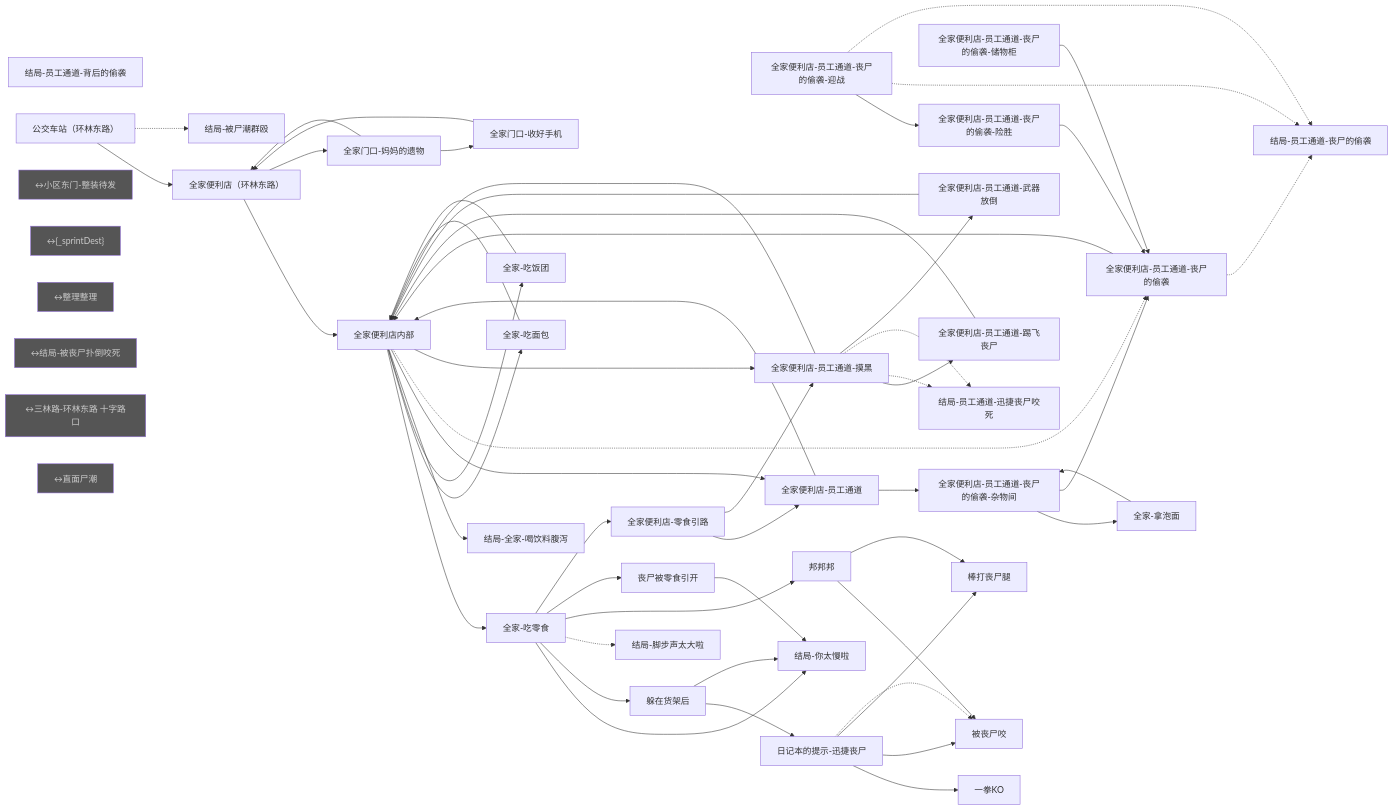
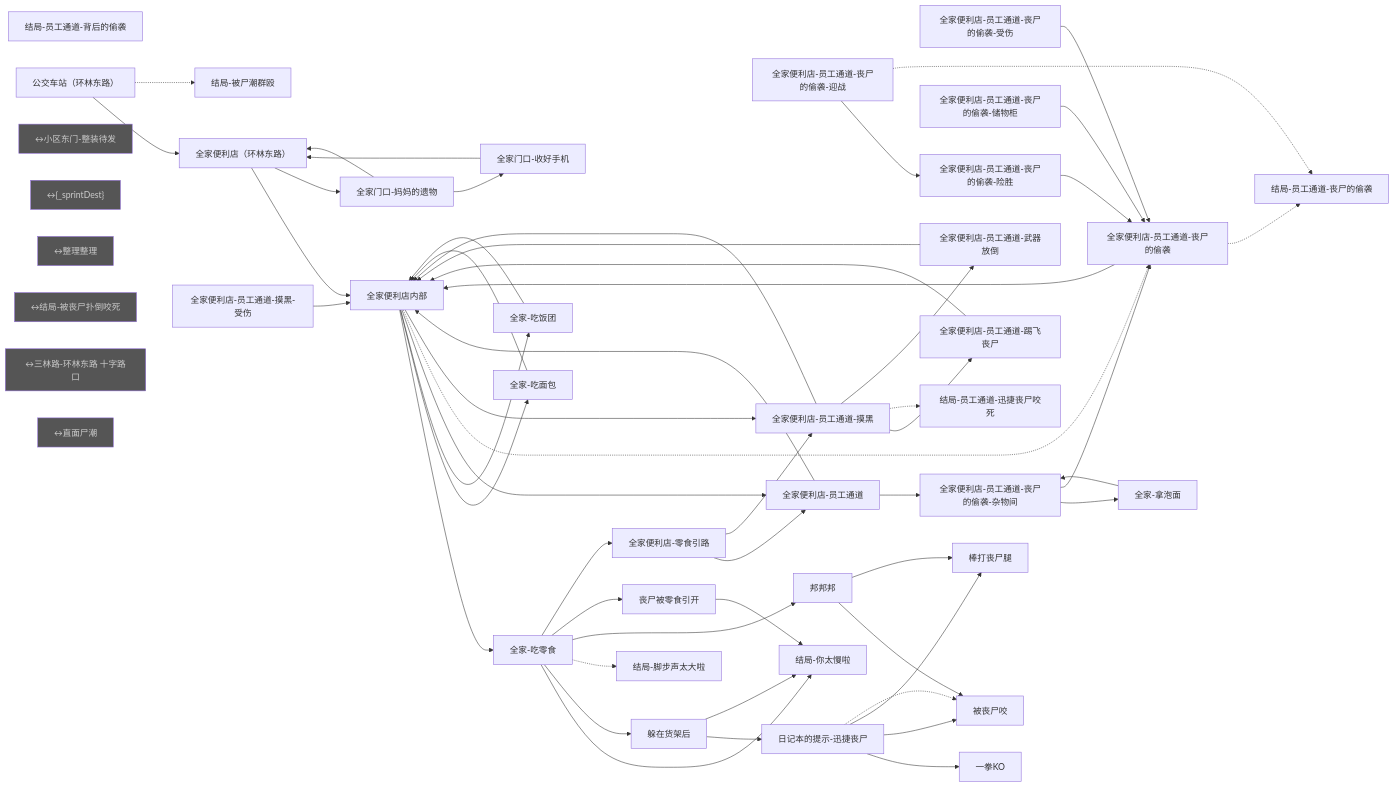
Before and after one commit to bobomymz/Plot-Game: diagram 14 of 25 in tools/graph-report/总览.md, drawn with Mermaid. The commit also changed other lines of this file and 26 other files, not shown here.

````diff
--- a/tools/graph-report/总览.md
+++ b/tools/graph-report/总览.md
@@ -2805,24 +3045,24 @@
   n2["全家-拿泡面"]
   n3["全家便利店-员工通道-丧尸的偷袭"]
   n4["全家便利店-员工通道-丧尸的偷袭-迎战"]
-  n5["全家便利店-员工通道-丧尸的偷袭-险胜"]
-  n6["全家便利店-员工通道-丧尸的偷袭-储物柜"]
-  n7["全家便利店-员工通道-丧尸的偷袭-杂物间"]
-  n8["结局-员工通道-丧尸的偷袭"]
-  n9["结局-员工通道-背后的偷袭"]
-  n10["全家-吃零食"]
-  n11["邦邦邦"]
-  n12["被丧尸咬"]
-  n13["丧尸被零食引开"]
-  n14["结局-你太慢啦"]
-  n15["结局-脚步声太大啦"]
-  n16["躲在货架后"]
-  n17["日记本的提示-迅捷丧尸"]
-  n18["一拳KO"]
-  n19["棒打丧尸腿"]
-  n20["全家-吃面包"]
-  n21["全家-吃饭团"]
-  n22["结局-全家-喝饮料腹泻"]
+  n5["全家便利店-员工通道-丧尸的偷袭-受伤"]
+  n6["全家便利店-员工通道-丧尸的偷袭-险胜"]
+  n7["全家便利店-员工通道-丧尸的偷袭-储物柜"]
+  n8["全家便利店-员工通道-丧尸的偷袭-杂物间"]
+  n9["结局-员工通道-丧尸的偷袭"]
+  n10["结局-员工通道-背后的偷袭"]
+  n11["全家-吃零食"]
+  n12["邦邦邦"]
+  n13["被丧尸咬"]
+  n14["丧尸被零食引开"]
+  n15["结局-你太慢啦"]
+  n16["结局-脚步声太大啦"]
+  n17["躲在货架后"]
+  n18["日记本的提示-迅捷丧尸"]
+  n19["一拳KO"]
+  n20["棒打丧尸腿"]
+  n21["全家-吃面包"]
+  n22["全家-吃饭团"]
   n23["公交车站（环林东路）"]
   n24["结局-被尸潮群殴"]
   n25["全家便利店-零食引路"]
@@ -2830,66 +3070,66 @@
   n27["全家便利店-员工通道-摸黑"]
   n28["全家便利店-员工通道-武器放倒"]
   n29["全家便利店-员工通道-踢飞丧尸"]
-  n30["结局-员工通道-迅捷丧尸咬死"]
-  n31["全家门口-妈妈的遗物"]
-  n32["全家门口-收好手机"]
-  n33["↔小区东门-整装待发"]:::ext
-  n34["↔{_sprintDest}"]:::ext
-  n35["↔整理整理"]:::ext
-  n36["↔结局-被丧尸扑倒咬死"]:::ext
-  n37["↔三林路-环林东路 十字路口"]:::ext
-  n38["↔直面尸潮"]:::ext
+  n30["全家便利店-员工通道-摸黑-受伤"]
+  n31["结局-员工通道-迅捷丧尸咬死"]
+  n32["全家门口-妈妈的遗物"]
+  n33["全家门口-收好手机"]
+  n34["↔小区东门-整装待发"]:::ext
+  n35["↔{_sprintDest}"]:::ext
+  n36["↔整理整理"]:::ext
+  n37["↔结局-被丧尸扑倒咬死"]:::ext
+  n38["↔三林路-环林东路 十字路口"]:::ext
+  n39["↔直面尸潮"]:::ext
   n0 --> n1
-  n0 --> n31
-  n1 --> n10
-  n1 --> n20
+  n0 --> n32
+  n1 --> n11
   n1 --> n21
   n1 --> n22
   n1 --> n26
   n1 -.-> n3
   n1 --> n27
-  n2 --> n7
+  n2 --> n8
   n3 --> n1
-  n3 -.-> n8
-  n4 --> n5
-  n4 -.-> n8
-  n4 -.-> n8
+  n3 -.-> n9
+  n4 --> n6
+  n4 -.-> n9
   n5 --> n3
   n6 --> n3
-  n7 --> n2
   n7 --> n3
-  n10 --> n14
-  n10 --> n16
-  n10 -.-> n15
-  n10 --> n11
-  n10 --> n13
-  n10 --> n25
+  n8 --> n2
+  n8 --> n3
+  n11 --> n15
+  n11 --> n17
+  n11 -.-> n16
   n11 --> n12
-  n11 --> n19
-  n13 --> n14
-  n16 --> n17
-  n16 --> n14
+  n11 --> n14
+  n11 --> n25
+  n12 --> n13
+  n12 --> n20
+  n14 --> n15
   n17 --> n18
-  n17 --> n12
-  n17 --> n19
-  n17 -.-> n12
-  n20 --> n1
+  n17 --> n15
+  n18 --> n19
+  n18 --> n13
+  n18 --> n20
+  n18 -.-> n13
   n21 --> n1
+  n22 --> n1
   n23 --> n0
   n23 -.-> n24
   n25 --> n26
   n25 --> n27
   n26 --> n1
-  n26 --> n7
+  n26 --> n8
   n27 --> n29
-  n27 -.-> n30
-  n27 -.-> n30
+  n27 -.-> n31
   n27 --> n28
   n27 --> n1
   n28 --> n1
   n29 --> n1
-  n31 --> n32
-  n31 --> n0
+  n30 --> n1
+  n32 --> n33
   n32 --> n0
+  n33 --> n0
   classDef ext fill:#555,color:#ccc;
 ```
````
